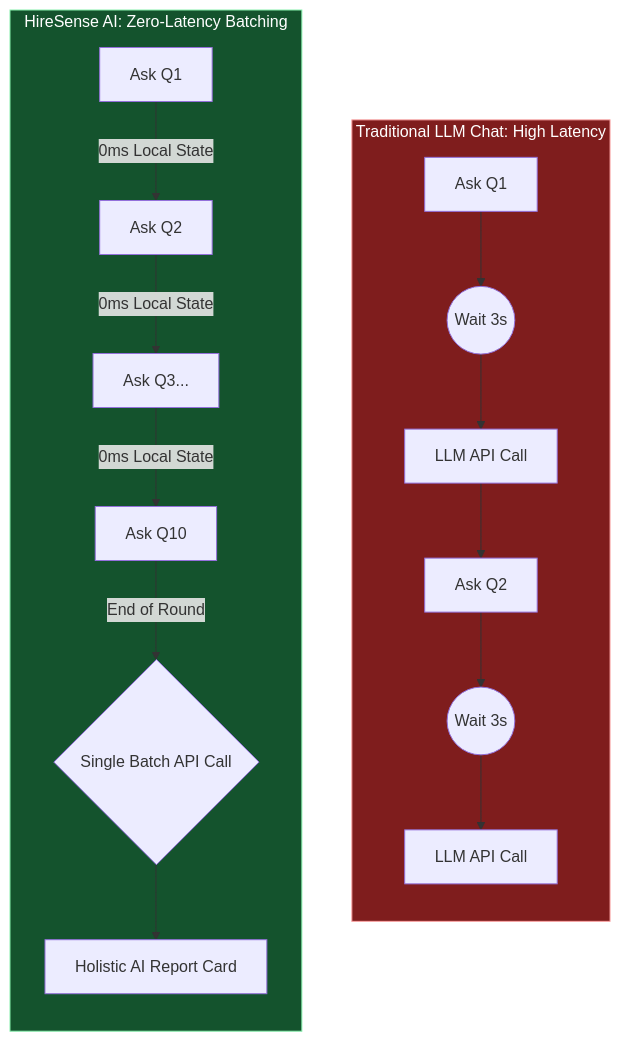
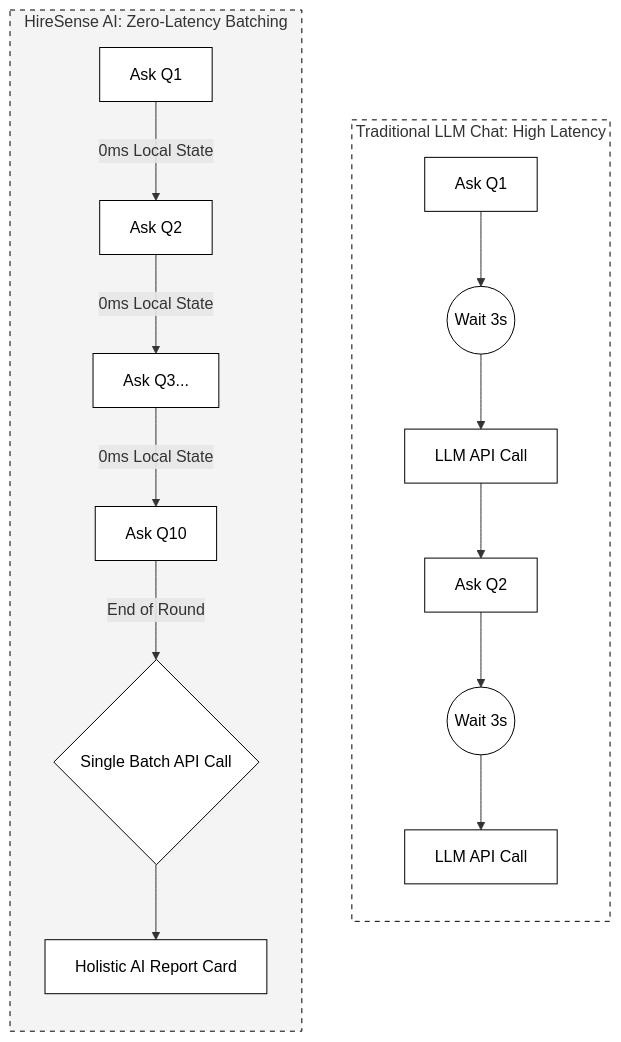
Before and after one commit to arjunkumar-max/InterviewAI: the diagram in Zero-Latency Local Batching Mechanism.md, drawn with Mermaid.

Commit message:
Update Zero-Latency Local Batching Mechanism.md

````diff
--- a/Zero-Latency Local Batching Mechanism.md
+++ b/Zero-Latency Local Batching Mechanism.md
@@ -1,19 +1,21 @@
 ```mermaid
 flowchart TD
     subgraph Traditional [Traditional LLM Chat: High Latency]
         direction TB
         T1[Ask Q1] --> T2((Wait 3s)) --> T3[LLM API Call] --> T4[Ask Q2] --> T5((Wait 3s)) --> T6[LLM API Call]
     end
 
     subgraph HireSense [HireSense AI: Zero-Latency Batching]
         direction TB
         H1[Ask Q1] -->|0ms Local State| H2[Ask Q2] 
         H2 -->|0ms Local State| H3[Ask Q3...]
         H3 -->|0ms Local State| H4[Ask Q10]
         H4 -->|End of Round| H5{Single Batch API Call}
         H5 --> H6[Holistic AI Report Card]
     end
 
-    style Traditional fill:#7f1d1d,stroke:#fca5a5,color:#fff
-    style HireSense fill:#14532d,stroke:#86efac,color:#fff
+    %% Academic Monochrome Styling
+    classDef default fill:#ffffff,stroke:#000000,stroke-width:1px,color:#000000;
+    style Traditional fill:#ffffff,stroke:#000000,stroke-width:1px,stroke-dasharray: 5 5;
+    style HireSense fill:#f4f4f4,stroke:#000000,stroke-width:1px,stroke-dasharray: 5 5;
 ```
````
